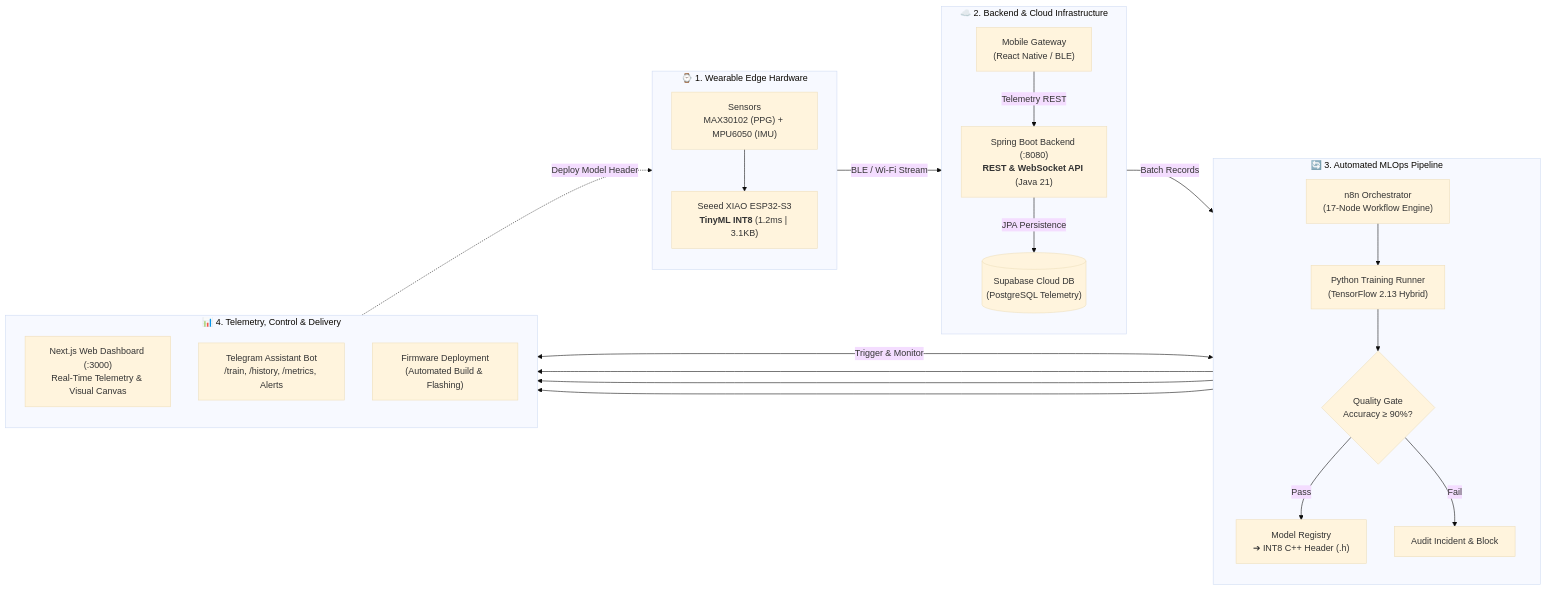
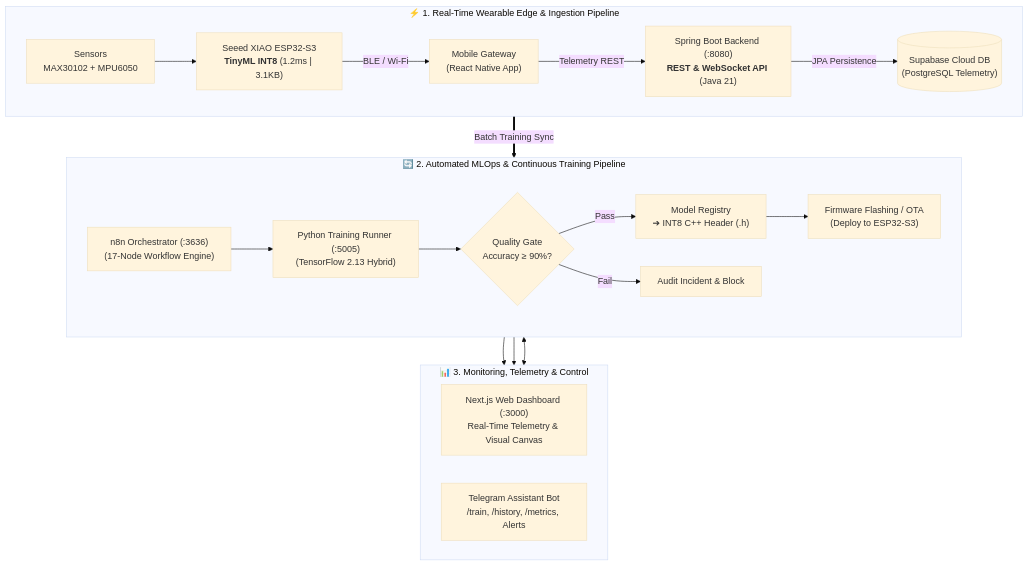
Before and after one commit to aaron-ACY/ProWatch: the diagram in README.md, drawn with Mermaid (base theme).

Commit message:
docs(readme): balance architecture diagram into 3 responsive tiers to eliminate pan-zoom scaling

````diff
--- a/README.md
+++ b/README.md
@@ -25,43 +25,33 @@
 ```mermaid
-flowchart LR
-    %% 1. Wearable Edge
-    subgraph EDGE["⌚ 1. Wearable Edge Hardware"]
-        direction TB
-        SENS["Sensors<br/>MAX30102 (PPG) + MPU6050 (IMU)"] --> MCU["Seeed XIAO ESP32-S3<br/><b>TinyML INT8</b> (1.2ms | 3.1KB)"]
+flowchart TD
+    %% 1. Real-Time Ingestion
+    subgraph TIER1["⚡ 1. Real-Time Wearable Edge & Ingestion Pipeline"]
+        direction LR
+        SENS["Sensors<br/>MAX30102 + MPU6050"] --> MCU["Seeed XIAO ESP32-S3<br/><b>TinyML INT8</b> (1.2ms | 3.1KB)"]
+        MCU -->|BLE / Wi-Fi| APP["Mobile Gateway<br/>(React Native App)"]
+        APP -->|Telemetry REST| BOOT["Spring Boot Backend (:8080)<br/><b>REST & WebSocket API</b> (Java 21)"]
+        BOOT -->|JPA Persistence| DB[("Supabase Cloud DB<br/>(PostgreSQL Telemetry)")]
     end
 
-    %% 2. Ingestion & Cloud
-    subgraph CLOUD["☁️ 2. Backend & Cloud Infrastructure"]
-        direction TB
-        APP["Mobile Gateway<br/>(React Native / BLE)"]
-        BOOT["Spring Boot Backend (:8080)<br/><b>REST & WebSocket API</b> (Java 21)"]
-        DB[("Supabase Cloud DB<br/>(PostgreSQL Telemetry)")]
-        APP -->|Telemetry REST| BOOT
-        BOOT -->|JPA Persistence| DB
-    end
-
-    %% 3. Automated MLOps
-    subgraph MLOPS["🔄 3. Automated MLOps Pipeline"]
-        direction TB
-        N8N["n8n Orchestrator<br/>(17-Node Workflow Engine)"] --> TRAIN["Python Training Runner<br/>(TensorFlow 2.13 Hybrid)"]
+    %% 2. Automated MLOps
+    subgraph TIER2["🔄 2. Automated MLOps & Continuous Training Pipeline"]
+        direction LR
+        N8N["n8n Orchestrator (:3636)<br/>(17-Node Workflow Engine)"] --> TRAIN["Python Training Runner (:5005)<br/>(TensorFlow 2.13 Hybrid)"]
         TRAIN --> GATE{"Quality Gate<br/>Accuracy ≥ 90%?"}
         GATE -->|Pass| REG["Model Registry<br/>➔ INT8 C++ Header (.h)"]
         GATE -->|Fail| LOG["Audit Incident & Block"]
+        REG --> OTA["Firmware Flashing / OTA<br/>(Deploy to ESP32-S3)"]
     end
 
-    %% 4. Control & Telemetry
-    subgraph OPS["📊 4. Telemetry, Control & Delivery"]
-        direction TB
-        WEB["Next.js Web Dashboard (:3000)<br/>Real-Time Telemetry & Visual Canvas"]
+    %% 3. Operations & Control
+    subgraph TIER3["📊 3. Monitoring, Telemetry & Control"]
+        direction LR
+        DASH["Next.js Web Dashboard (:3000)<br/>Real-Time Telemetry & Visual Canvas"]
         BOT["Telegram Assistant Bot<br/>/train, /history, /metrics, Alerts"]
-        OTA["Firmware Deployment<br/>(Automated Build & Flashing)"]
     end
 
-    %% Cross-subgraph data & control streams
-    MCU -->|BLE / Wi-Fi Stream| APP
-    DB -->|Batch Records| N8N
-    N8N <-->|Trigger & Monitor| WEB
-    REG --> OTA
+    %% Cross-Tier Pipeline Connections
+    DB ==>|Batch Training Sync| N8N
     REG & LOG --> BOT
-    OTA -.->|Deploy Model Header| MCU
+    N8N <--> DASH
 ```
````
